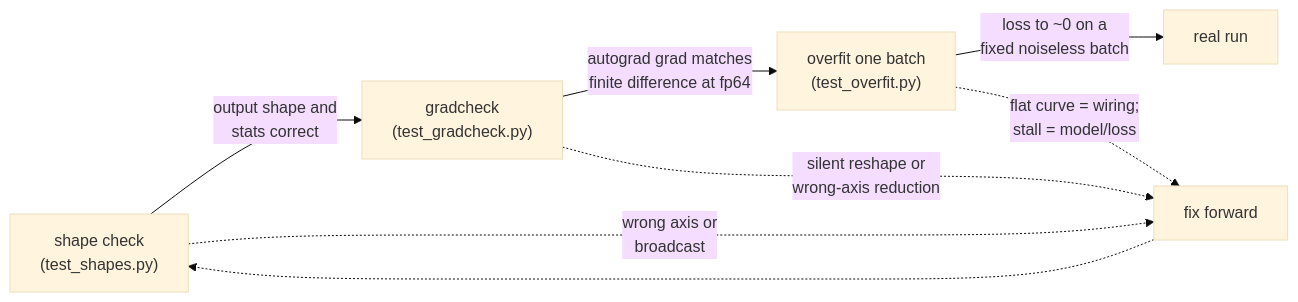
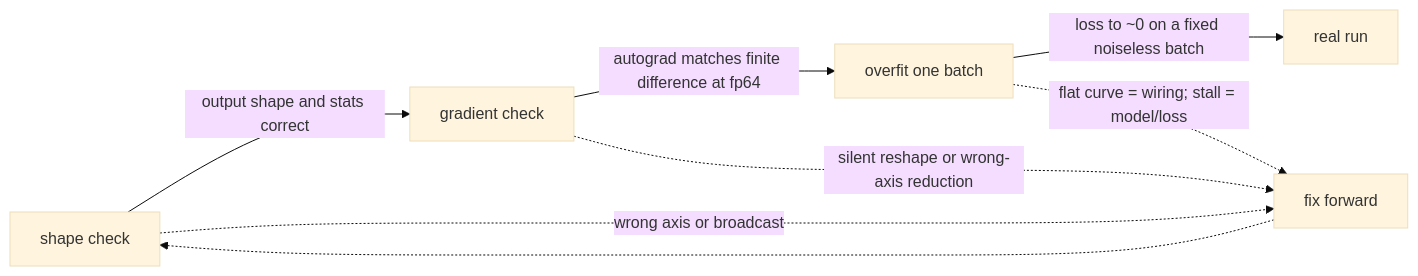
One commit to tanmaniac/nanovision changed the first of 3 diagrams in assignments/a00_harness/README.md. Above: the diagram before and after it, drawn with Mermaid (base theme). The commit also changed other lines of this file and 68 other files, not shown here.

````diff
--- a/assignments/a00_harness/README.md
+++ b/assignments/a00_harness/README.md
@@ -103,10 +66,10 @@
 ```mermaid
 flowchart LR
-    A["shape check<br/>(test_shapes.py)"] -->|"output shape and<br/>stats correct"| B["gradcheck<br/>(test_gradcheck.py)"]
-    B -->|"autograd grad matches<br/>finite difference at fp64"| C["overfit one batch<br/>(test_overfit.py)"]
-    C -->|"loss to ~0 on a<br/>fixed noiseless batch"| D["real run"]
-    A -.->|"wrong axis or<br/>broadcast"| X["fix forward"]
-    B -.->|"silent reshape or<br/>wrong-axis reduction"| X
-    C -.->|"flat curve = wiring;<br/>stall = model/loss"| X
+    A["shape check"] -->|"output shape and stats correct"| B["gradient check"]
+    B -->|"autograd matches finite difference at fp64"| C["overfit one batch"]
+    C -->|"loss to ~0 on a fixed noiseless batch"| D["real run"]
+    A -.->|"wrong axis or broadcast"| X["fix forward"]
+    B -.->|"silent reshape or wrong-axis reduction"| X
+    C -.->|"flat curve = wiring; stall = model/loss"| X
     X -.-> A
 ```
````
